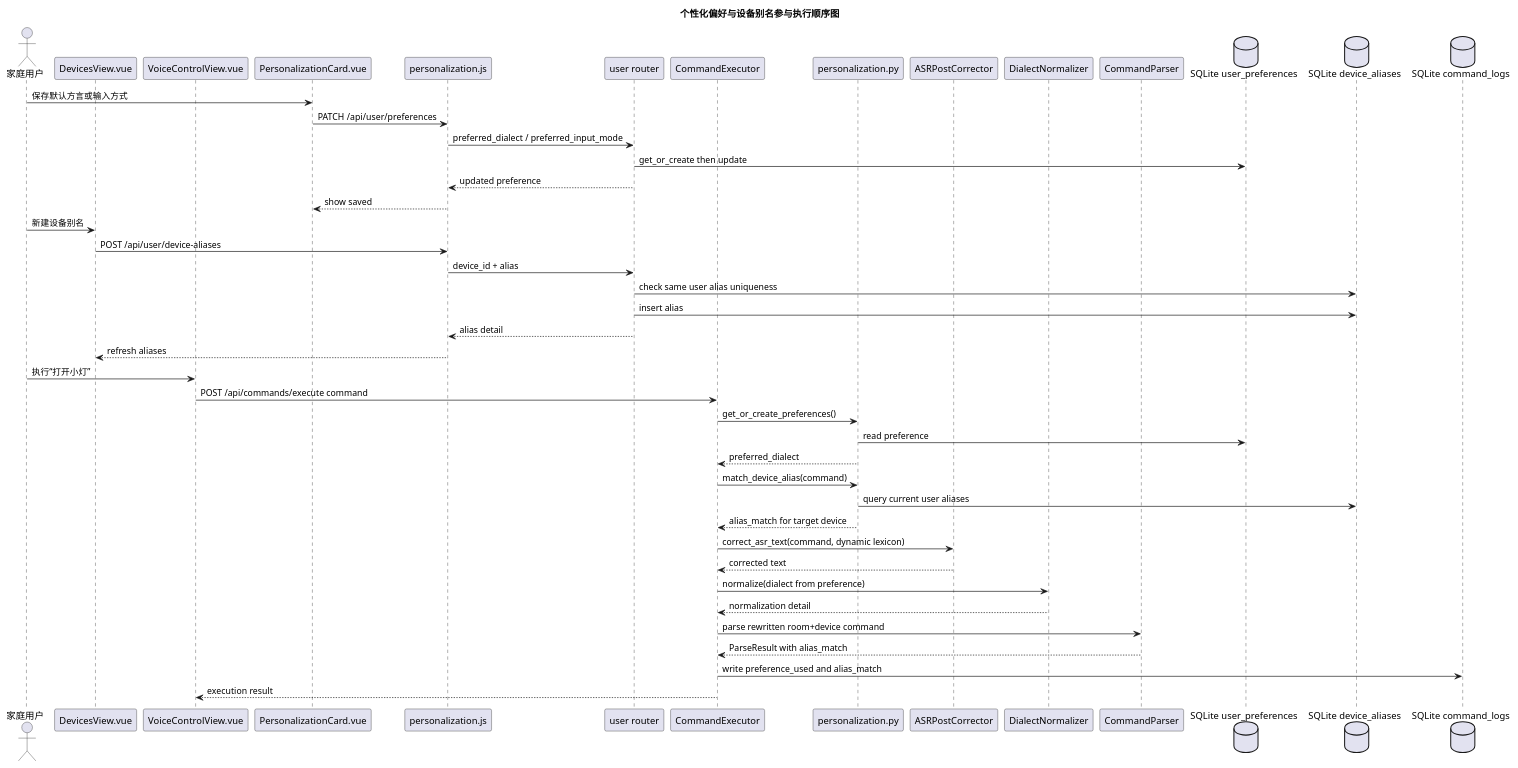
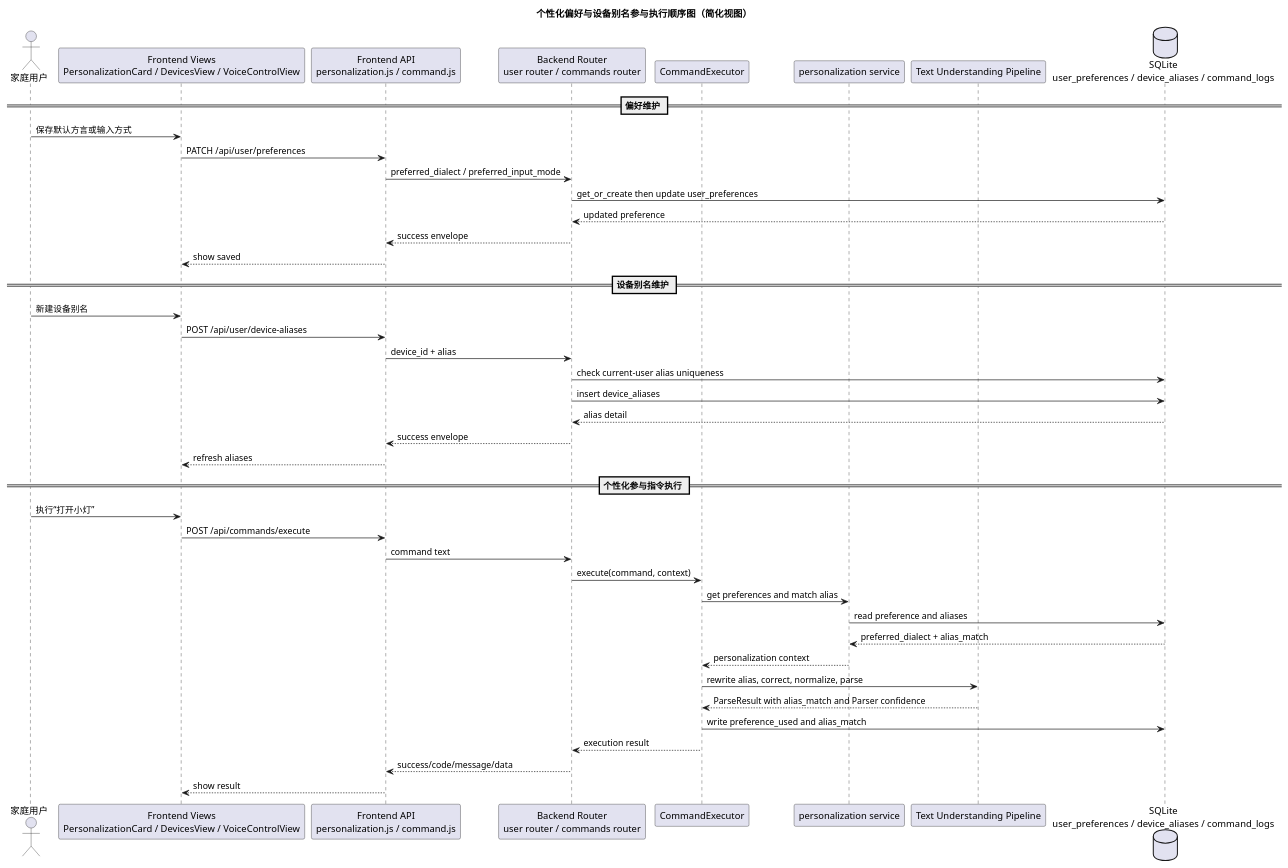
One commit to Hushpath/smart-home-voice-assistant changed the diagram in docs/diagrams/sequence_personalization.puml. Above: the diagram before and after it, drawn with PlantUML. The commit also changed 11 other files, not shown here.

```diff
--- a/docs/diagrams/sequence_personalization.puml
+++ b/docs/diagrams/sequence_personalization.puml
@@ -1,49 +1,46 @@
 @startuml
-title 个性化偏好与设备别名参与执行顺序图
+title 个性化偏好与设备别名参与执行顺序图（简化视图）
 actor "家庭用户" as User
-participant "DevicesView.vue" as DevicesView
-participant "VoiceControlView.vue" as VoiceView
-participant "PersonalizationCard.vue" as PersonalCard
-participant "personalization.js" as PersonalAPI
-participant "user router" as UserRouter
+participant "Frontend Views\nPersonalizationCard / DevicesView / VoiceControlView" as FE
+participant "Frontend API\npersonalization.js / command.js" as API
+participant "Backend Router\nuser router / commands router" as Router
 participant "CommandExecutor" as Exec
-participant "personalization.py" as PersonalService
-participant "ASRPostCorrector" as Corrector
-participant "DialectNormalizer" as Normalizer
-participant "CommandParser" as Parser
-database "SQLite user_preferences" as Preferences
-database "SQLite device_aliases" as Aliases
-database "SQLite command_logs" as Logs
+participant "personalization service" as PersonalService
+participant "Text Understanding Pipeline" as Pipeline
+database "SQLite\nuser_preferences / device_aliases / command_logs" as DB
 
-User -> PersonalCard: 保存默认方言或输入方式
-PersonalCard -> PersonalAPI: PATCH /api/user/preferences
-PersonalAPI -> UserRouter: preferred_dialect / preferred_input_mode
-UserRouter -> Preferences: get_or_create then update
-UserRouter --> PersonalAPI: updated preference
-PersonalAPI --> PersonalCard: show saved
+== 偏好维护 ==
+User -> FE: 保存默认方言或输入方式
+FE -> API: PATCH /api/user/preferences
+API -> Router: preferred_dialect / preferred_input_mode
+Router -> DB: get_or_create then update user_preferences
+DB --> Router: updated preference
+Router --> API: success envelope
+API --> FE: show saved
 
-User -> DevicesView: 新建设备别名
-DevicesView -> PersonalAPI: POST /api/user/device-aliases
-PersonalAPI -> UserRouter: device_id + alias
-UserRouter -> Aliases: check same user alias uniqueness
-UserRouter -> Aliases: insert alias
-UserRouter --> PersonalAPI: alias detail
-PersonalAPI --> DevicesView: refresh aliases
+== 设备别名维护 ==
+User -> FE: 新建设备别名
+FE -> API: POST /api/user/device-aliases
+API -> Router: device_id + alias
+Router -> DB: check current-user alias uniqueness
+Router -> DB: insert device_aliases
+DB --> Router: alias detail
+Router --> API: success envelope
+API --> FE: refresh aliases
 
-User -> VoiceView: 执行“打开小灯”
-VoiceView -> Exec: POST /api/commands/execute command
-Exec -> PersonalService: get_or_create_preferences()
-PersonalService -> Preferences: read preference
-PersonalService --> Exec: preferred_dialect
-Exec -> PersonalService: match_device_alias(command)
-PersonalService -> Aliases: query current user aliases
-PersonalService --> Exec: alias_match for target device
-Exec -> Corrector: correct_asr_text(command, dynamic lexicon)
-Corrector --> Exec: corrected text
-Exec -> Normalizer: normalize(dialect from preference)
-Normalizer --> Exec: normalization detail
-Exec -> Parser: parse rewritten room+device command
-Parser --> Exec: ParseResult with alias_match
-Exec -> Logs: write preference_used and alias_match
-Exec --> VoiceView: execution result
+== 个性化参与指令执行 ==
+User -> FE: 执行“打开小灯”
+FE -> API: POST /api/commands/execute
+API -> Router: command text
+Router -> Exec: execute(command, context)
+Exec -> PersonalService: get preferences and match alias
+PersonalService -> DB: read preference and aliases
+DB --> PersonalService: preferred_dialect + alias_match
+PersonalService --> Exec: personalization context
+Exec -> Pipeline: rewrite alias, correct, normalize, parse
+Pipeline --> Exec: ParseResult with alias_match and Parser confidence
+Exec -> DB: write preference_used and alias_match
+Exec --> Router: execution result
+Router --> API: success/code/message/data
+API --> FE: show result
 @enduml
```
